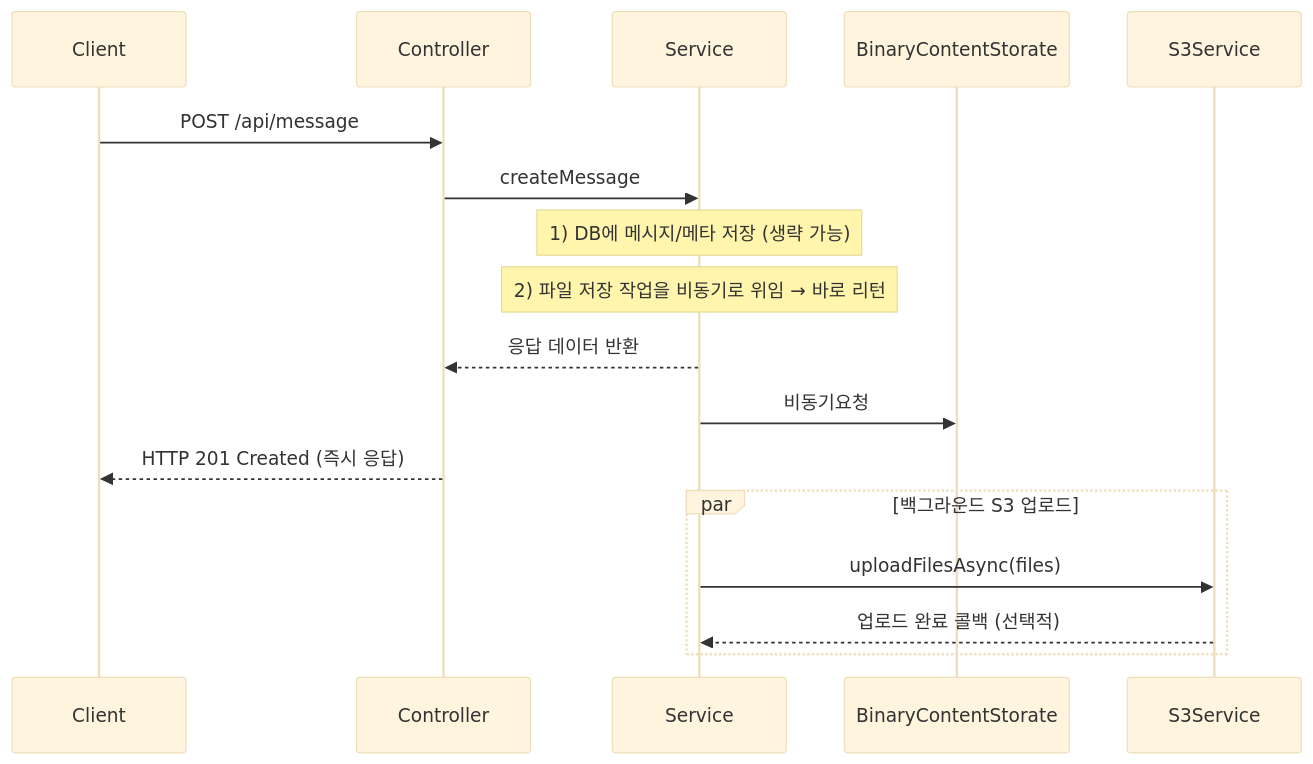
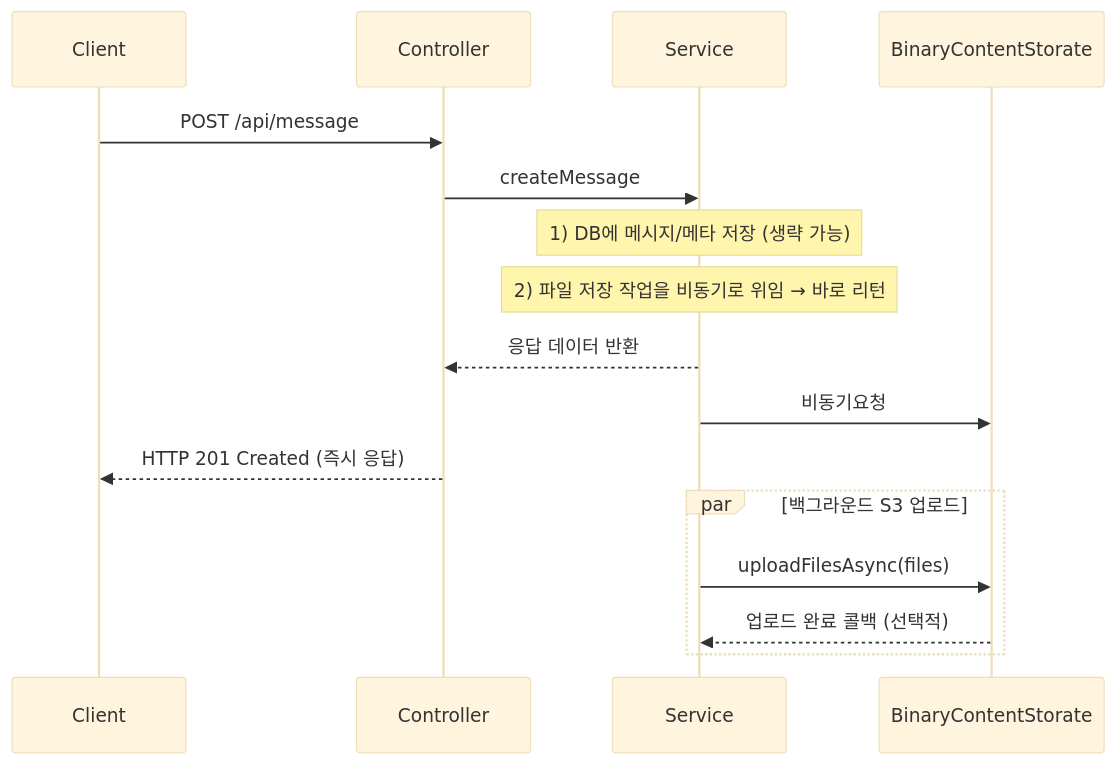
One commit to codeit-bootcamp-spring/1-sprint-mission changed the diagram in README.md. Above: the diagram before and after it, drawn with Mermaid (base theme). The commit also changed other lines of this file and 1 other file, not shown here.

Commit message:
docs: update README for asynchronous file upload and add .discodeit/ to .gitignore

````diff
--- a/README.md
+++ b/README.md
@@ -46,18 +41,18 @@
 ```mermaid
 sequenceDiagram
 participant Client
     Client->>Controller: POST /api/message 
     Controller->>Service: createMessage
 
     Note over Service: 1) DB에 메시지/메타 저장 (생략 가능)
     Note over Service: 2) 파일 저장 작업을 비동기로 위임 → 바로 리턴
 
     Service-->>Controller: 응답 데이터 반환
     Service->>BinaryContentStorate: 비동기요청
     Controller-->>Client: HTTP 201 Created (즉시 응답)
 
     par 백그라운드 S3 업로드
-        Service->>S3Service: uploadFilesAsync(files)
-        S3Service-->>Service: 업로드 완료 콜백 (선택적)
+        Service->>BinaryContentStorate: uploadFilesAsync(files)
+        BinaryContentStorate-->>Service: 업로드 완료 콜백 (선택적)
     end
 ```
````
